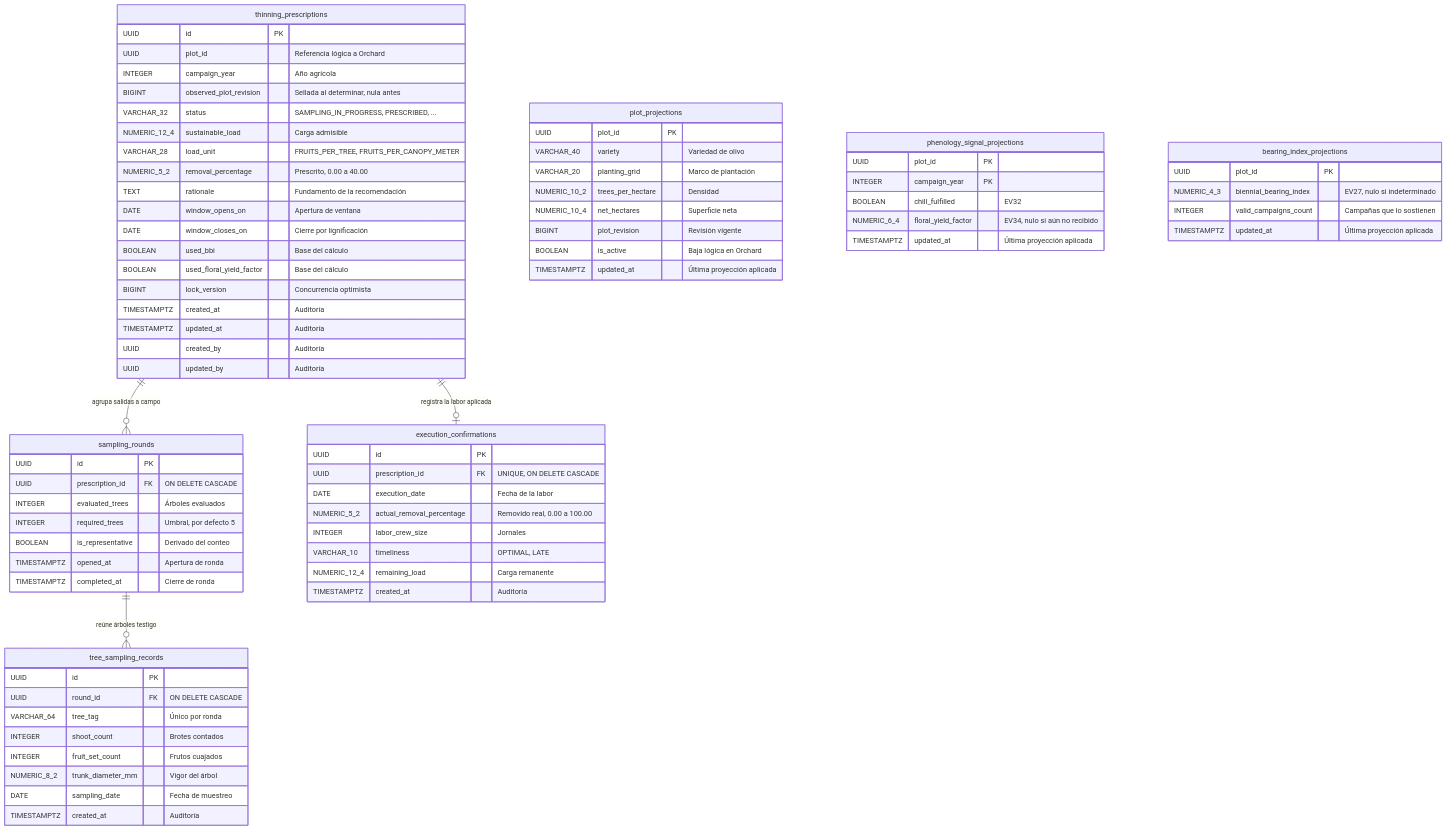
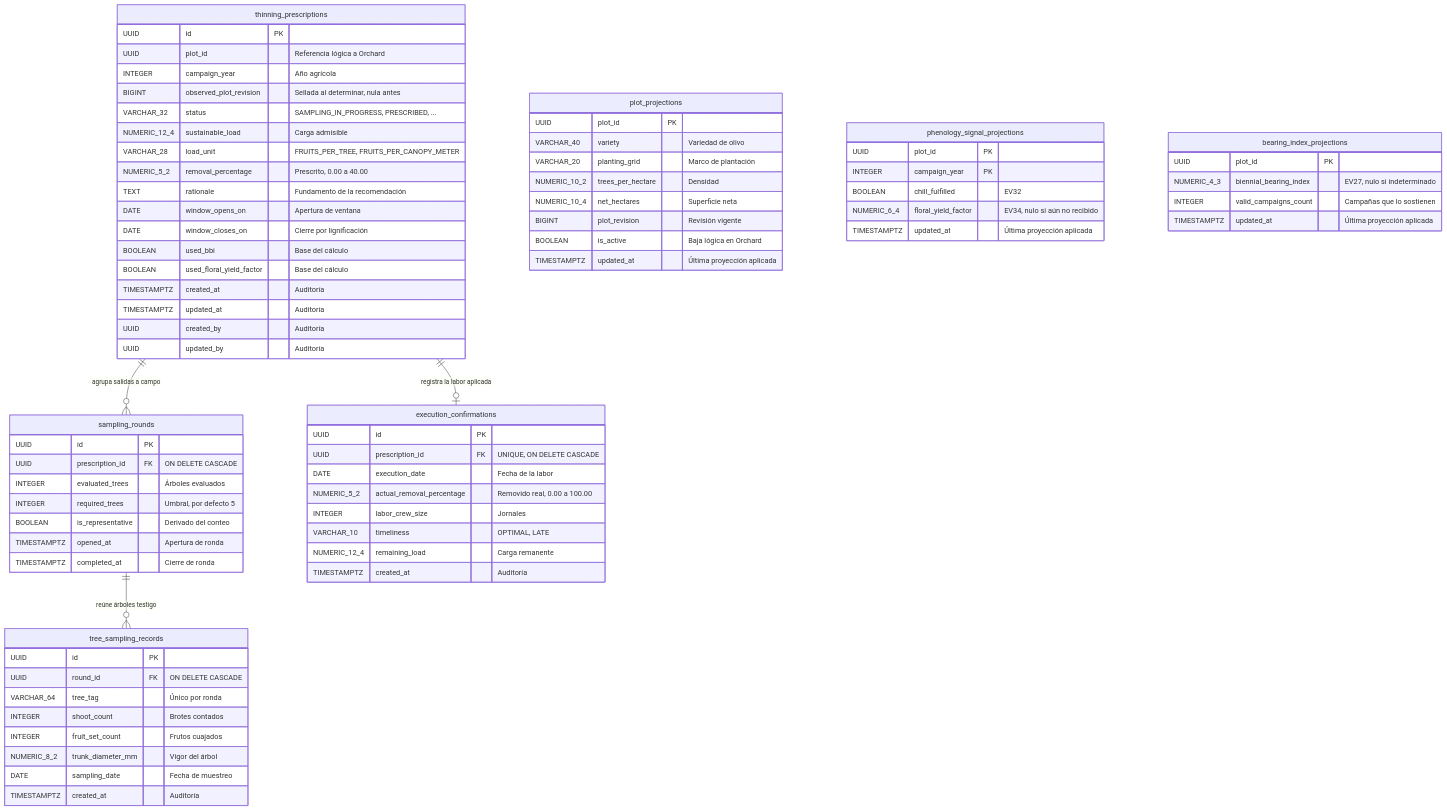
One commit to upc-pre-1acc0238-2620-4951-arcadiadevs/viora-report changed the third of 6 diagrams in docs/tactical-ddd/crop-load-regulation-tactical-ddd.md. Above: the diagram before and after it, drawn with Mermaid. The commit also changed other lines of this file and 8 other files, not shown here.

```diff
--- a/docs/tactical-ddd/crop-load-regulation-tactical-ddd.md
+++ b/docs/tactical-ddd/crop-load-regulation-tactical-ddd.md
@@ -776,7 +776,7 @@
         DATE window_closes_on "Cierre por lignificación"
         BOOLEAN used_bbi "Base del cálculo"
         BOOLEAN used_floral_yield_factor "Base del cálculo"
-        BIGINT lock_version "Concurrencia optimista"
+
         TIMESTAMPTZ created_at "Auditoría"
         TIMESTAMPTZ updated_at "Auditoría"
         UUID created_by "Auditoría"
```
